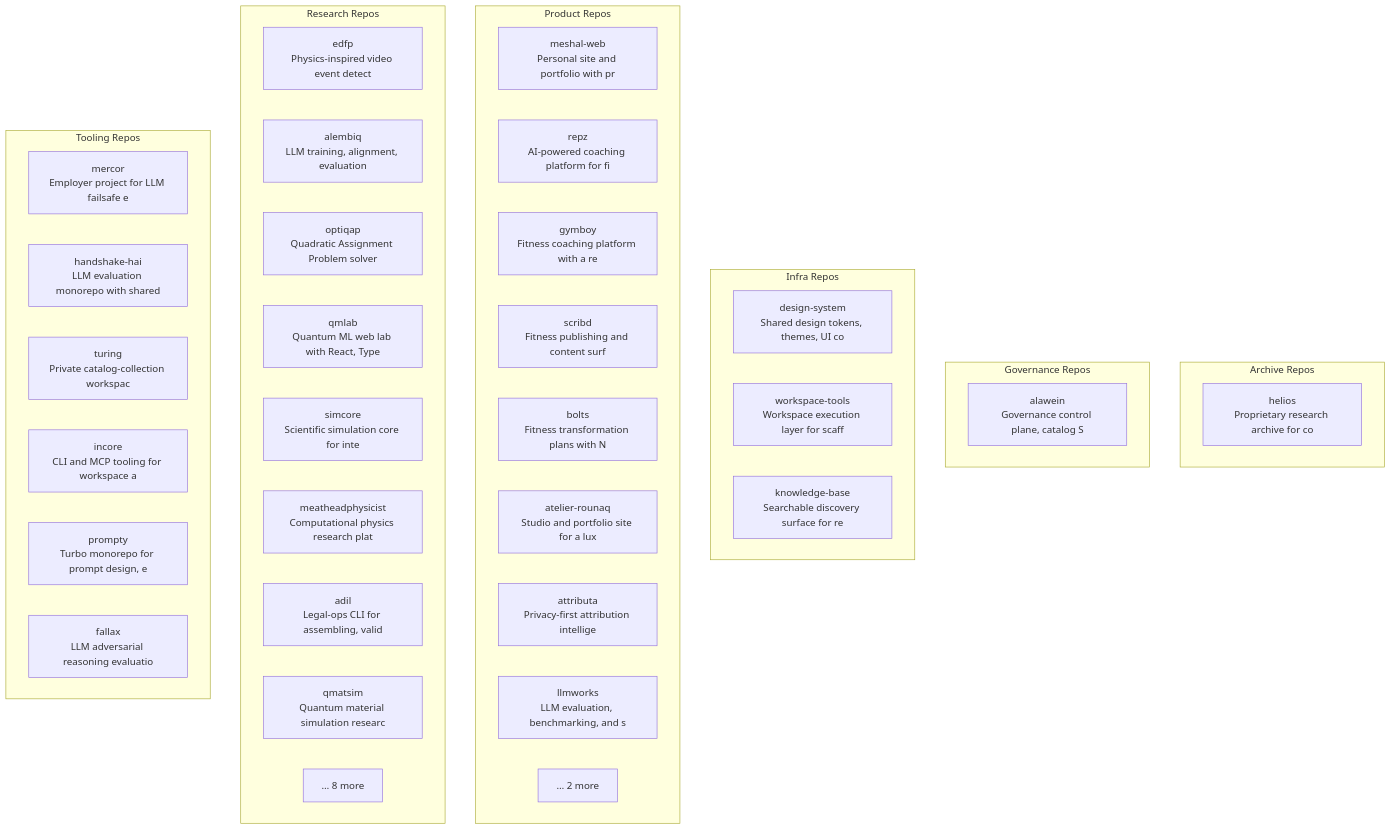
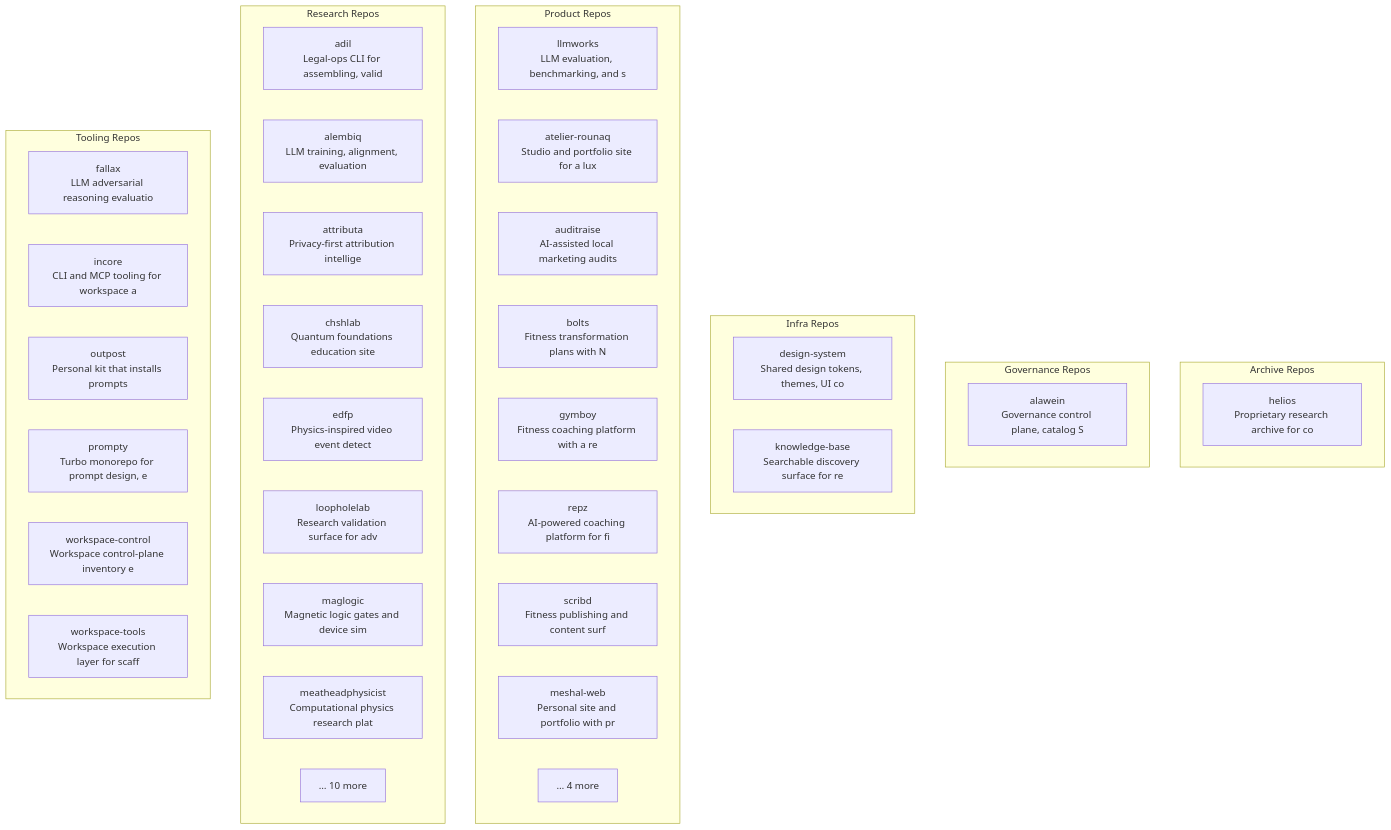
Before and after one commit to alawein/alawein: the second of 6 diagrams in docs/architecture.md, drawn with Mermaid. The commit also changed other lines of this file, not shown here.

Commit message:
docs(arch): auto-update repo topology from catalog/repos.json

````diff
--- a/docs/architecture.md
+++ b/docs/architecture.md
@@ -64,44 +64,43 @@
 ```mermaid
 graph TB
   subgraph archive["Archive Repos"]
     helios["helios\nProprietary research archive for co"]
   end
   subgraph governance["Governance Repos"]
     alawein["alawein\nGovernance control plane, catalog S"]
   end
   subgraph infra["Infra Repos"]
     design_system["design-system\nShared design tokens, themes, UI co"]
-    workspace_tools["workspace-tools\nWorkspace execution layer for scaff"]
     knowledge_base["knowledge-base\nSearchable discovery surface for re"]
   end
   subgraph product["Product Repos"]
+    llmworks["llmworks\nLLM evaluation, benchmarking, and s"]
+    atelier_rounaq["atelier-rounaq\nStudio and portfolio site for a lux"]
+    auditraise["auditraise\nAI-assisted local marketing audits "]
+    bolts["bolts\nFitness transformation plans with N"]
+    gymboy["gymboy\nFitness coaching platform with a re"]
+    repz["repz\nAI-powered coaching platform for fi"]
+    scribd["scribd\nFitness publishing and content surf"]
     meshal_web["meshal-web\nPersonal site and portfolio with pr"]
-    repz["repz\nAI-powered coaching platform for fi"]
-    gymboy["gymboy\nFitness coaching platform with a re"]
-    scribd["scribd\nFitness publishing and content surf"]
-    bolts["bolts\nFitness transformation plans with N"]
-    atelier_rounaq["atelier-rounaq\nStudio and portfolio site for a lux"]
-    attributa["attributa\nPrivacy-first attribution intellige"]
-    llmworks["llmworks\nLLM evaluation, benchmarking, and s"]
-    more_product["… 2 more"]
+    more_product["… 4 more"]
   end
   subgraph research["Research Repos"]
+    adil["adil\nLegal-ops CLI for assembling, valid"]
+    alembiq["alembiq\nLLM training, alignment, evaluation"]
+    attributa["attributa\nPrivacy-first attribution intellige"]
+    chshlab["chshlab\nQuantum foundations education site "]
     edfp["edfp\nPhysics-inspired video event detect"]
-    alembiq["alembiq\nLLM training, alignment, evaluation"]
-    optiqap["optiqap\nQuadratic Assignment Problem solver"]
-    qmlab["qmlab\nQuantum ML web lab with React, Type"]
-    simcore["simcore\nScientific simulation core for inte"]
+    loopholelab["loopholelab\nResearch validation surface for adv"]
+    maglogic["maglogic\nMagnetic logic gates and device sim"]
     meatheadphysicist["meatheadphysicist\nComputational physics research plat"]
-    adil["adil\nLegal-ops CLI for assembling, valid"]
-    qmatsim["qmatsim\nQuantum material simulation researc"]
-    more_research["… 8 more"]
+    more_research["… 10 more"]
   end
   subgraph tooling["Tooling Repos"]
-    mercor["mercor\nEmployer project for LLM failsafe e"]
-    handshake_hai["handshake-hai\nLLM evaluation monorepo with shared"]
-    turing["turing\nPrivate catalog-collection workspac"]
+    fallax["fallax\nLLM adversarial reasoning evaluatio"]
     incore["incore\nCLI and MCP tooling for workspace a"]
+    outpost["outpost\nPersonal kit that installs prompts "]
     prompty["prompty\nTurbo monorepo for prompt design, e"]
-    fallax["fallax\nLLM adversarial reasoning evaluatio"]
+    workspace_control["workspace-control\nWorkspace control-plane inventory e"]
+    workspace_tools["workspace-tools\nWorkspace execution layer for scaff"]
   end
 ```
````
